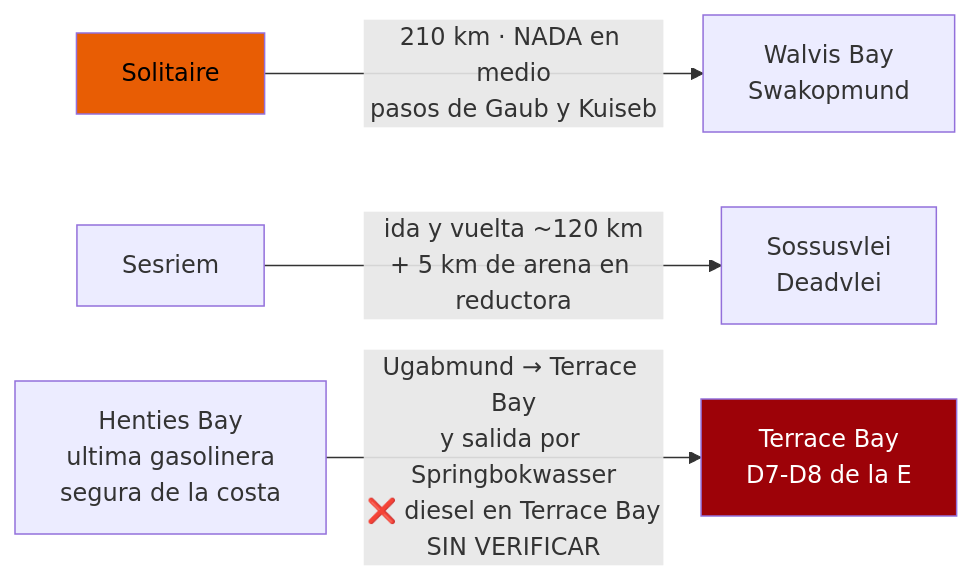
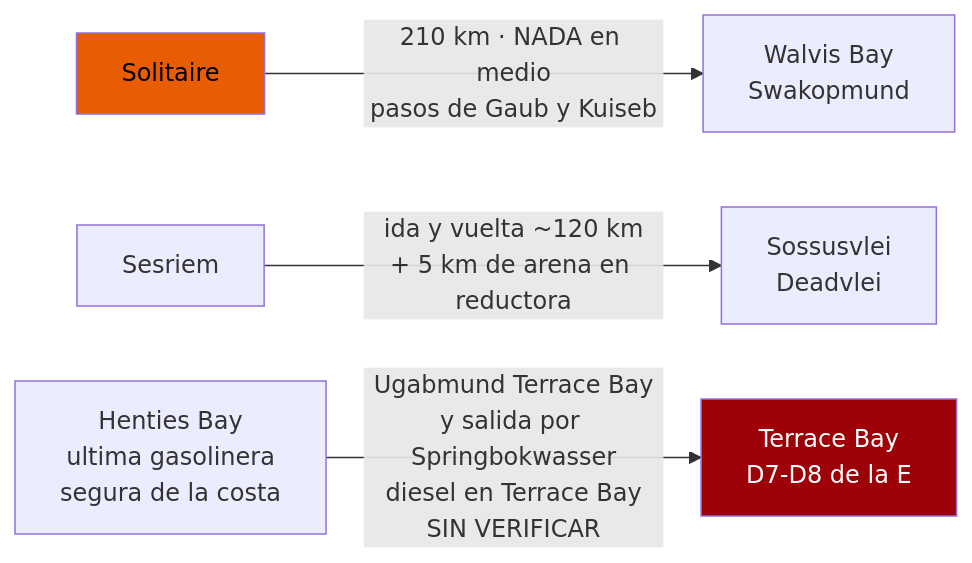
The first of 2 diagrams in 07-logistica.md (morandeirachema/namibia), drawn with Mermaid before and after one commit. The commit also changed other lines of this file and 14 other files, not shown here.

Commit message:
Arreglar el renderizado de los diagramas en GitHub: fuera emojis, negritas y barras ASCII de dentro de los nodos, que descuadraban la medida y recortaban el texto

````diff
--- a/07-logistica.md
+++ b/07-logistica.md
@@ -126,8 +126,8 @@
 ```mermaid
 flowchart LR
     S["Solitaire"] -->|"210 km · NADA en medio<br/>pasos de Gaub y Kuiseb"| W["Walvis Bay<br/>Swakopmund"]
     SE["Sesriem"] -->|"ida y vuelta ~120 km<br/>+ 5 km de arena en reductora"| D["Sossusvlei<br/>Deadvlei"]
-    H["Henties Bay<br/>ultima gasolinera<br/>segura de la costa"] -->|"Ugabmund → Terrace Bay<br/>y salida por Springbokwasser<br/>❌ diesel en Terrace Bay<br/>SIN VERIFICAR"| T["Terrace Bay<br/>D7-D8 de la E"]
+    H["Henties Bay<br/>ultima gasolinera<br/>segura de la costa"] -->|"Ugabmund Terrace Bay<br/>y salida por Springbokwasser<br/>diesel en Terrace Bay<br/>SIN VERIFICAR"| T["Terrace Bay<br/>D7-D8 de la E"]
     style S fill:#e85d04,color:#000
     style T fill:#9d0208,color:#fff
 ```
````
